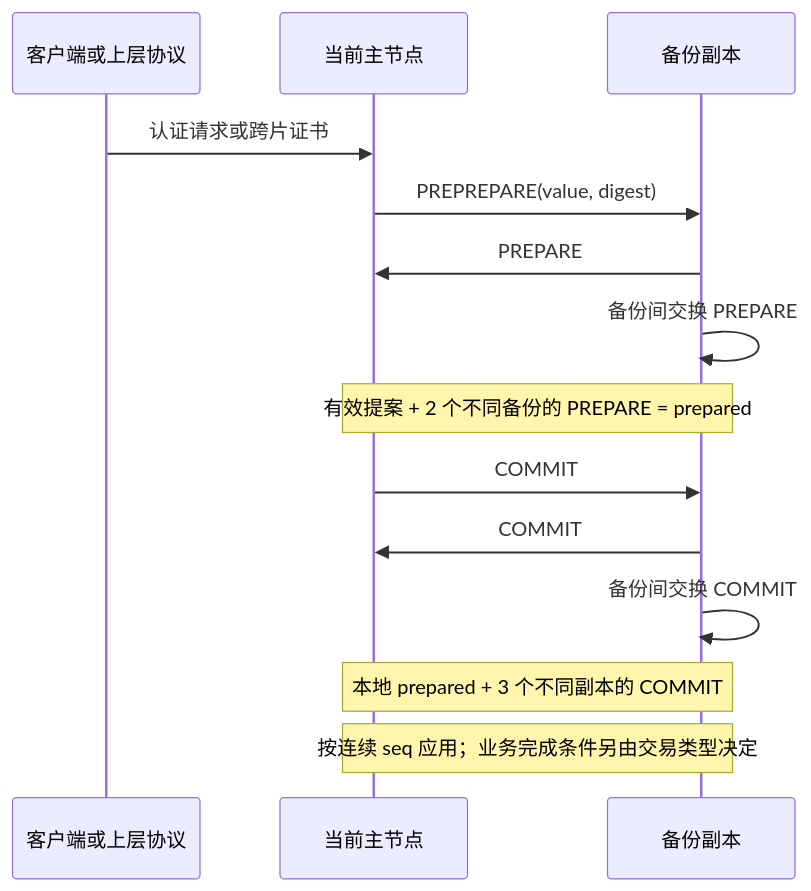
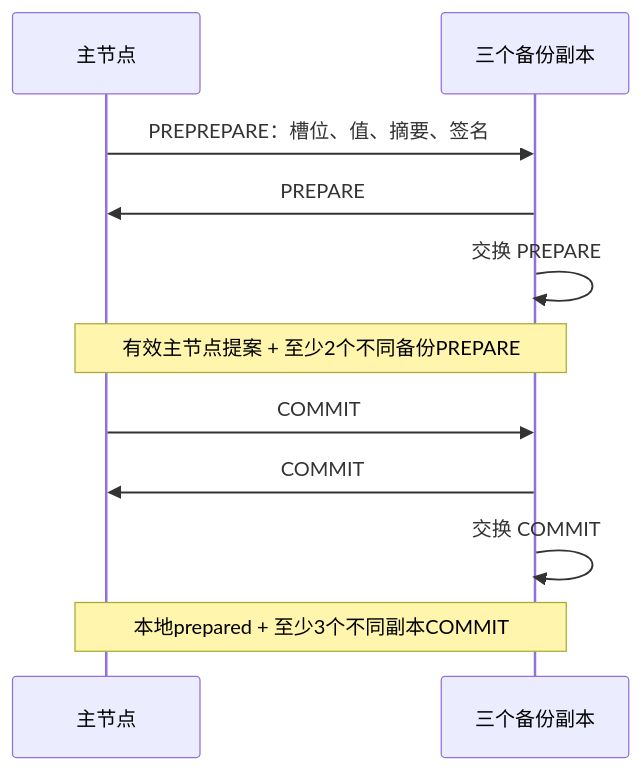
The first of 2 diagrams in docs/CURRENT_IMPLEMENTATION_DESIGN.md (HiBo001/simulateHieraChain), drawn with Mermaid before and after one commit. The commit also changed other lines of this file and 19 other files, not shown here.

````diff
--- a/docs/CURRENT_IMPLEMENTATION_DESIGN.md
+++ b/docs/CURRENT_IMPLEMENTATION_DESIGN.md
@@ -152,16 +129,13 @@
 ```mermaid
 sequenceDiagram
-    participant C as 客户端或上层协议
-    participant P as 当前主节点
-    participant R as 备份副本
-    C->>P: 认证请求或跨片证书
-    P->>R: PREPREPARE(value, digest)
-    R->>P: PREPARE
-    R->>R: 备份间交换 PREPARE
-    Note over P,R: 有效提案 + 2 个不同备份的 PREPARE = prepared
-    P->>R: COMMIT
-    R->>P: COMMIT
-    R->>R: 备份间交换 COMMIT
-    Note over P,R: 本地 prepared + 3 个不同副本的 COMMIT
-    Note over P,R: 按连续 seq 应用；业务完成条件另由交易类型决定
+    participant P as 主节点
+    participant B as 三个备份副本
+    P->>B: PREPREPARE：槽位、值、摘要、签名
+    B->>P: PREPARE
+    B->>B: 交换 PREPARE
+    Note over P,B: 有效主节点提案 + 至少2个不同备份PREPARE
+    P->>B: COMMIT
+    B->>P: COMMIT
+    B->>B: 交换 COMMIT
+    Note over P,B: 本地prepared + 至少3个不同副本COMMIT
 ```
````
